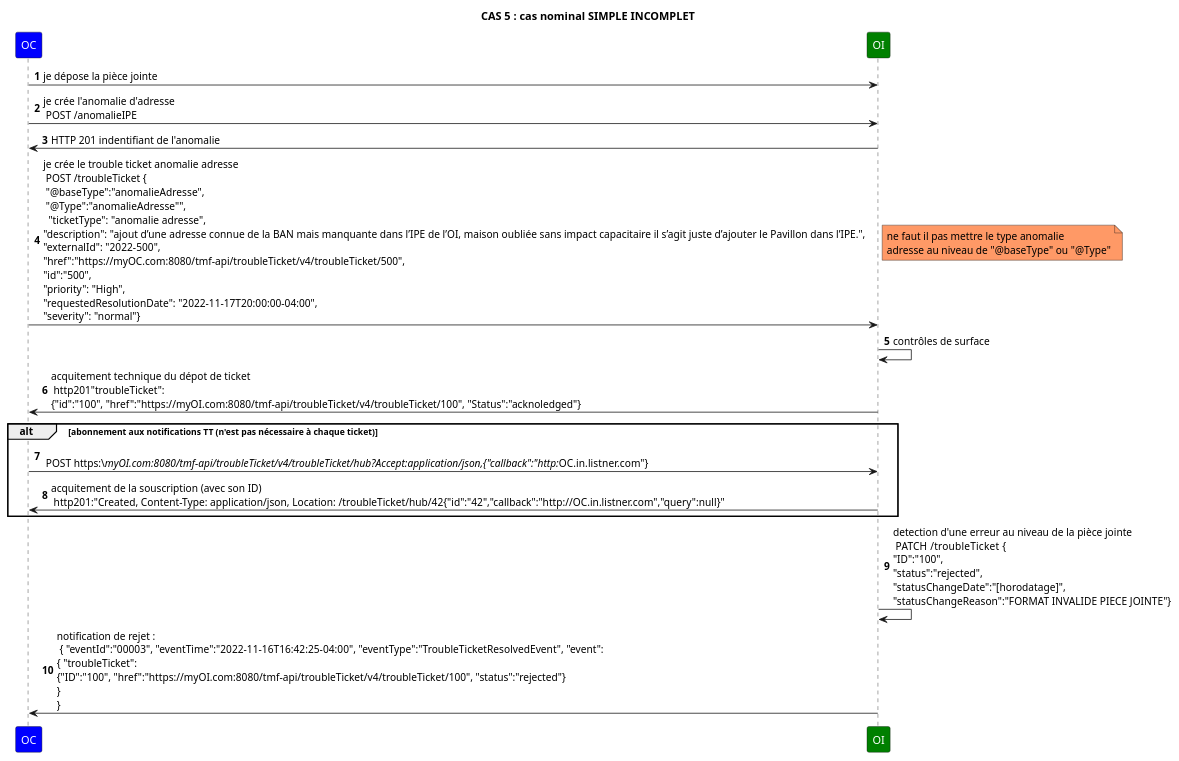
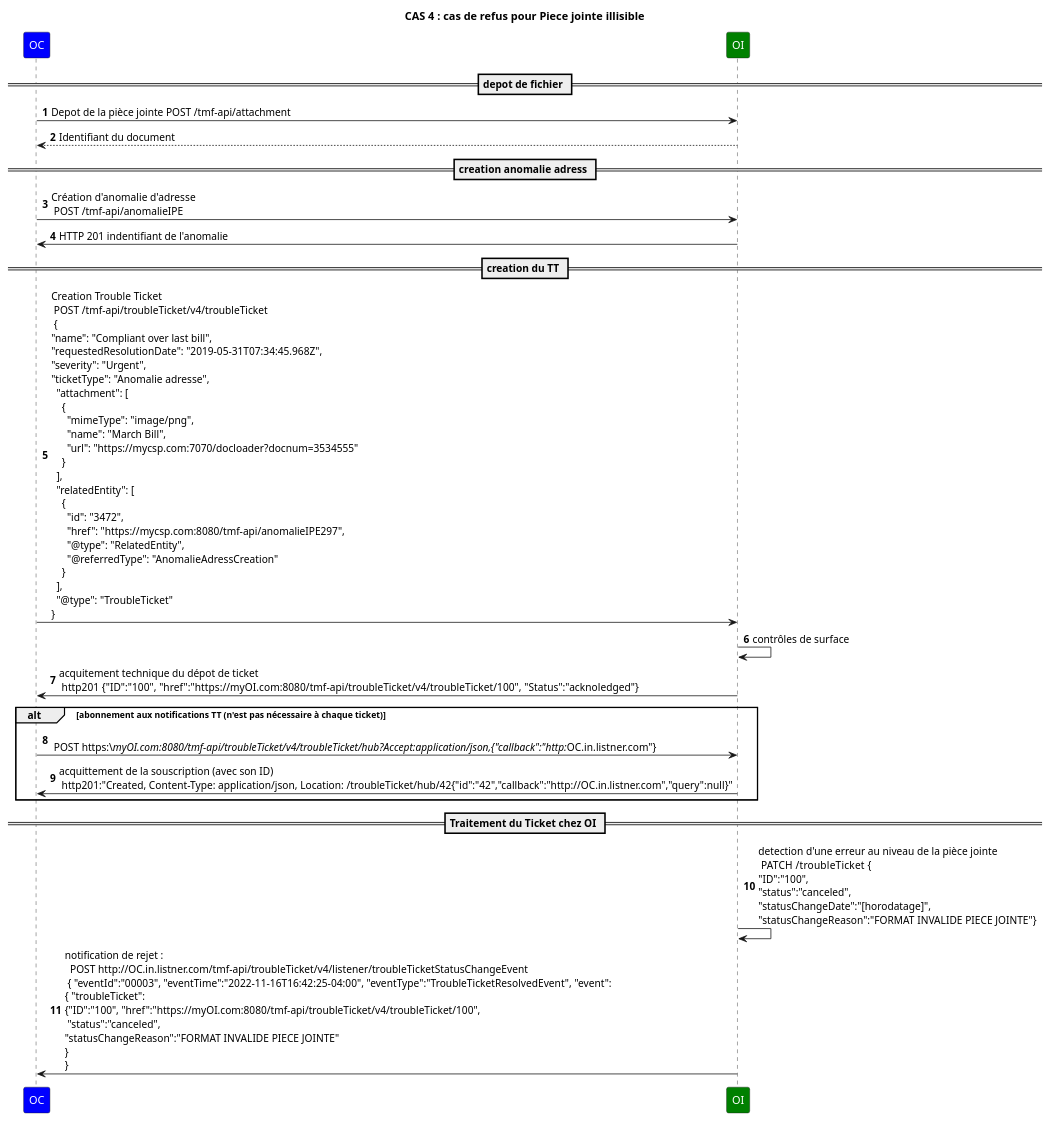
One commit to before-interop/anomalieAdresse changed the diagram in sequence/cas4 nominal.puml. Above: the diagram before and after it, drawn with PlantUML. The commit also changed 6 other files, not shown here.

Commit message:
ajout diagrammes de séquence pour les cas 1 à 8

```diff
--- a/sequence/cas4 nominal.puml
+++ b/sequence/cas4 nominal.puml
@@ -1,36 +1,37 @@
 @startuml
 
 skinparam ParticipantFontColor automatic
 
-title: CAS 5 : cas nominal SIMPLE INCOMPLET
+title: CAS 4 : cas de refus pour Piece jointe illisible
 
 autonumber
 
 participant OC #Blue
 participant OI #Green
 
-OC->OI: je dépose la pièce jointe
-OC->OI: je crée l'anomalie d'adresse \n POST /anomalieIPE
+== depot de fichier ==
+OC->OI: Depot de la pièce jointe POST /tmf-api/attachment
+OI --> OC: Identifiant du document
+== creation anomalie adress ==
+OC->OI: Création d'anomalie d'adresse \n POST /tmf-api/anomalieIPE
 OI->OC: HTTP 201 indentifiant de l'anomalie
-OC->OI: je crée le trouble ticket anomalie adresse \n POST /troubleTicket {\n "@baseType":"anomalieAdresse", \n "@Type":"anomalieAdresse"", \n  "ticketType": "anomalie adresse",\n"description": "ajout d’une adresse connue de la BAN mais manquante dans l’IPE de l’OI, maison oubliée sans impact capacitaire il s’agit juste d’ajouter le Pavillon dans l’IPE.",\n"externalId": "2022-500",\n"href":"https://myOC.com:8080/tmf-api/troubleTicket/v4/troubleTicket/500",\n"id":"500",\n"priority": "High",\n"requestedResolutionDate": "2022-11-17T20:00:00-04:00",\n"severity": "normal"}
-
-note right 	#ff9966
-  ne faut il pas mettre le type anomalie
-  adresse au niveau de "@baseType" ou "@Type"
-endnote
+== creation du TT ==
+OC->OI: Creation Trouble Ticket \n POST /tmf-api/troubleTicket/v4/troubleTicket \n {\n"name": "Compliant over last bill",\n"requestedResolutionDate": "2019-05-31T07:34:45.968Z",\n"severity": "Urgent",\n"ticketType": "Anomalie adresse",\n  "attachment": [\n    {\n      "mimeType": "image/png",\n      "name": "March Bill",\n      "url": "https://mycsp.com:7070/docloader?docnum=3534555"\n    }\n  ],\n  "relatedEntity": [\n    {\n      "id": "3472",\n      "href": "https://mycsp.com:8080/tmf-api/anomalieIPE297",\n      "@type": "RelatedEntity",\n      "@referredType": "AnomalieAdressCreation"\n    }\n  ],\n  "@type": "TroubleTicket"\n}
 
 OI->OI: contrôles de surface
 
-OI->OC: acquitement technique du dépot de ticket \n http201"troubleTicket": \n{"id":"100", "href":"https://myOI.com:8080/tmf-api/troubleTicket/v4/troubleTicket/100", "Status":"acknoledged"}
+OI->OC: acquitement technique du dépot de ticket \n http201   {"ID":"100", "href":"https://myOI.com:8080/tmf-api/troubleTicket/v4/troubleTicket/100", "Status":"acknoledged"}
+
 alt abonnement aux notifications TT (n'est pas nécessaire à chaque ticket)
 OC->OI:  \n POST https:\//myOI.com:8080/tmf-api/troubleTicket/v4/troubleTicket/hub?Accept:application/json,{"callback":"http://OC.in.listner.com"}
-OI->OC: acquitement de la souscription (avec son ID) \n http201:"Created, Content-Type: application/json, Location: /troubleTicket/hub/42{"id":"42","callback":"http://OC.in.listner.com","query":null}"
+OI->OC: acquittement de la souscription (avec son ID) \n http201:"Created, Content-Type: application/json, Location: /troubleTicket/hub/42{"id":"42","callback":"http://OC.in.listner.com","query":null}"
 
 end
+== Traitement du Ticket chez OI ==
 
-OI->OI: detection d'une erreur au niveau de la pièce jointe \n PATCH  /troubleTicket {\n"ID":"100",\n"status":"rejected",\n"statusChangeDate":"[horodatage]",\n"statusChangeReason":"FORMAT INVALIDE PIECE JOINTE"}
+OI->OI: detection d'une erreur au niveau de la pièce jointe \n PATCH  /troubleTicket {\n"ID":"100",\n"status":"canceled",\n"statusChangeDate":"[horodatage]",\n"statusChangeReason":"FORMAT INVALIDE PIECE JOINTE"}
 
-OI->OC: notification de rejet : \n { "eventId":"00003", "eventTime":"2022-11-16T16:42:25-04:00", "eventType":"TroubleTicketResolvedEvent", "event": \n{ "troubleTicket": \n{"ID":"100", "href":"https://myOI.com:8080/tmf-api/troubleTicket/v4/troubleTicket/100", "status":"rejected"}\n} \n}
+OI->OC: notification de rejet : \n  POST http://OC.in.listner.com/tmf-api/troubleTicket/v4/listener/troubleTicketStatusChangeEvent \n { "eventId":"00003", "eventTime":"2022-11-16T16:42:25-04:00", "eventType":"TroubleTicketResolvedEvent", "event": \n{ "troubleTicket": \n{"ID":"100", "href":"https://myOI.com:8080/tmf-api/troubleTicket/v4/troubleTicket/100",\n "status":"canceled",\n"statusChangeReason":"FORMAT INVALIDE PIECE JOINTE"\n} \n}
 
 
 @enduml
```
